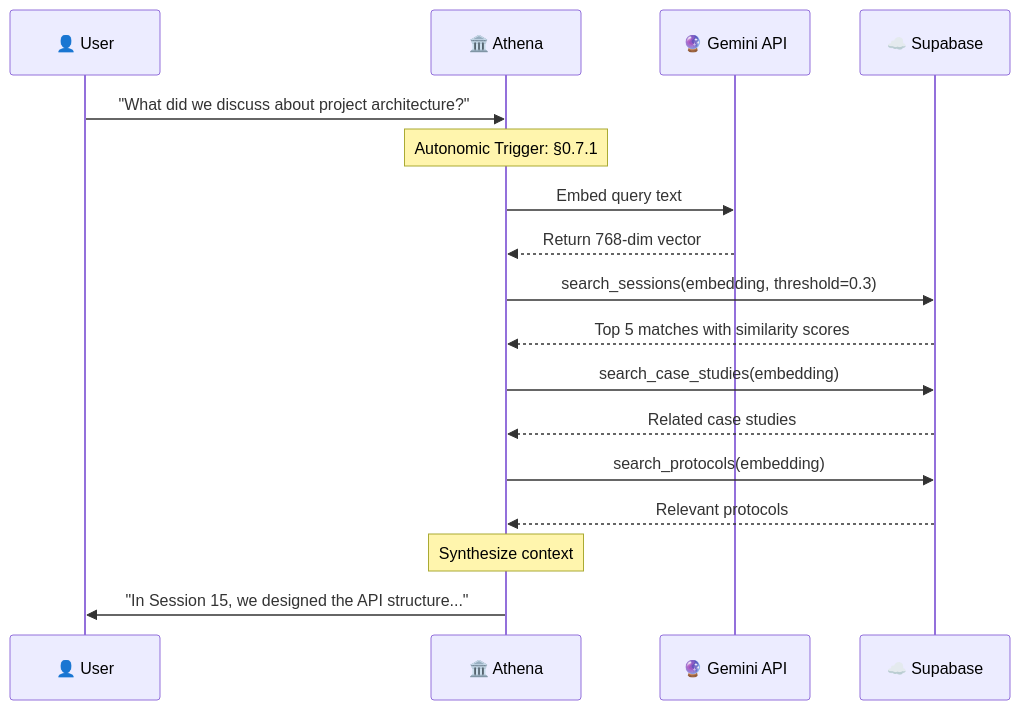
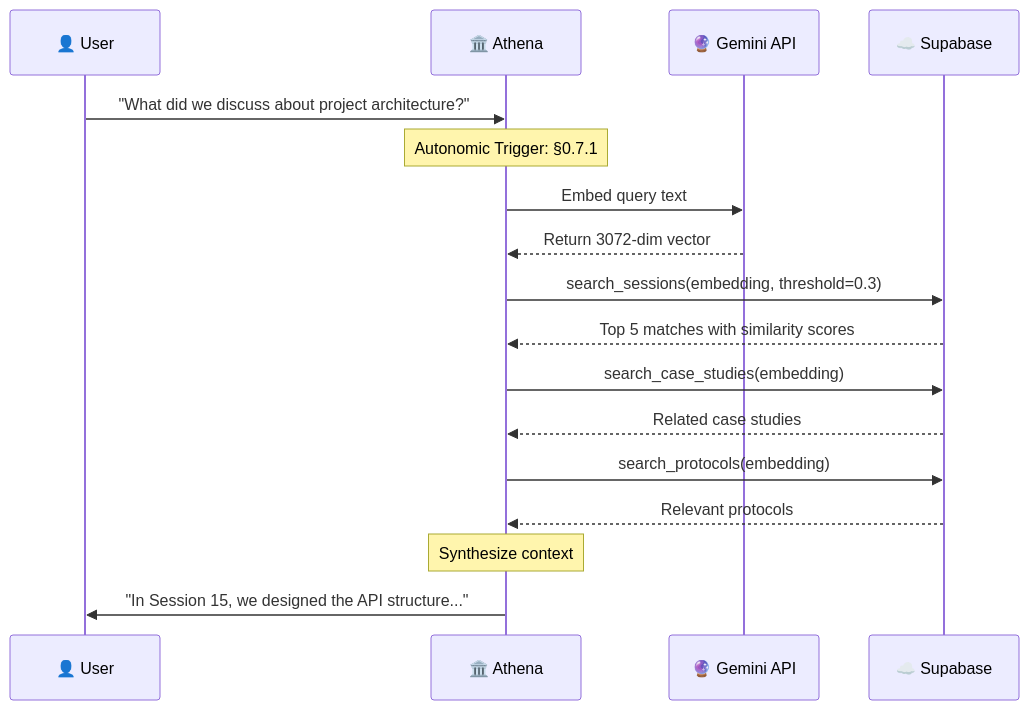
The second of 3 diagrams in docs/VECTORRAG.md (agent-memory-atlas-archive/winstonkoh87--Athena-Public), drawn with Mermaid before and after one commit. The commit also changed other lines of this file and 1 other file, not shown here.

````diff
--- a/docs/VECTORRAG.md
+++ b/docs/VECTORRAG.md
@@ -94,27 +94,27 @@
 ```mermaid
 sequenceDiagram
     participant U as 👤 User
     participant A as 🏛️ Athena
     participant G as 🔮 Gemini API
     participant S as ☁️ Supabase
     
     U->>A: "What did we discuss about project architecture?"
     
     Note over A: Autonomic Trigger: §0.7.1
     
     A->>G: Embed query text
-    G-->>A: Return 768-dim vector
+    G-->>A: Return 3072-dim vector
     
     A->>S: search_sessions(embedding, threshold=0.3)
     S-->>A: Top 5 matches with similarity scores
     
     A->>S: search_case_studies(embedding)
     S-->>A: Related case studies
     
     A->>S: search_protocols(embedding)
     S-->>A: Relevant protocols
     
     Note over A: Synthesize context
     
     A->>U: "In Session 15, we designed the API structure..."
 ```
````
